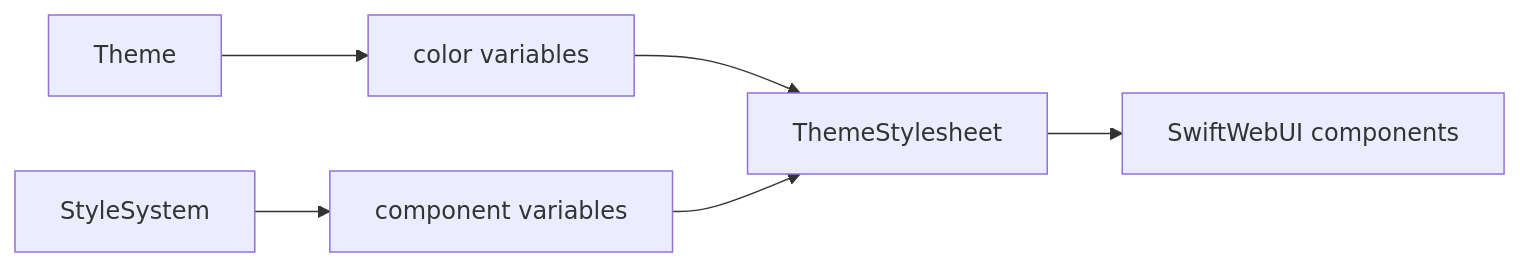
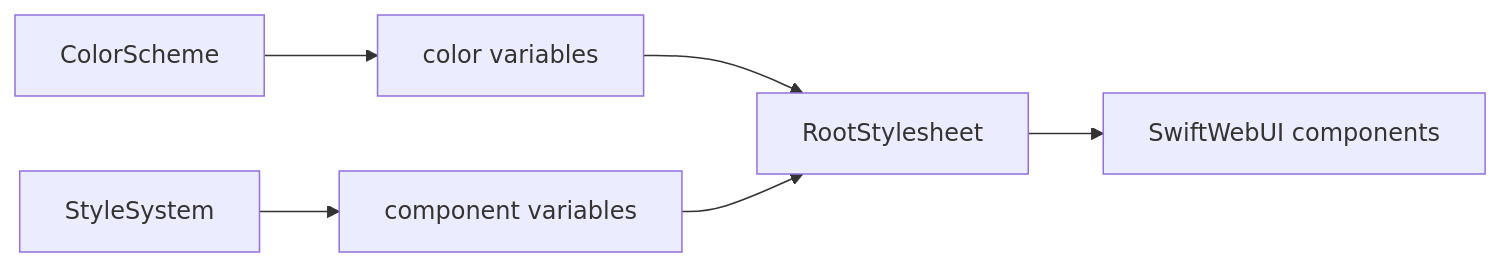
The second of 4 diagrams in Sources/SwiftWebUI/README.md (1amageek/swift-web), drawn with Mermaid before and after one commit. The commit also changed other lines of this file and 85 other files, not shown here.

````diff
--- a/Sources/SwiftWebUI/README.md
+++ b/Sources/SwiftWebUI/README.md
@@ -88,8 +88,8 @@
 ```mermaid
 flowchart LR
-  A["Theme"] --> B["color variables"]
+  A["ColorScheme"] --> B["color variables"]
   C["StyleSystem"] --> D["component variables"]
-  B --> E["ThemeStylesheet"]
+  B --> E["RootStylesheet"]
   D --> E
   E --> F["SwiftWebUI components"]
 ```
````
